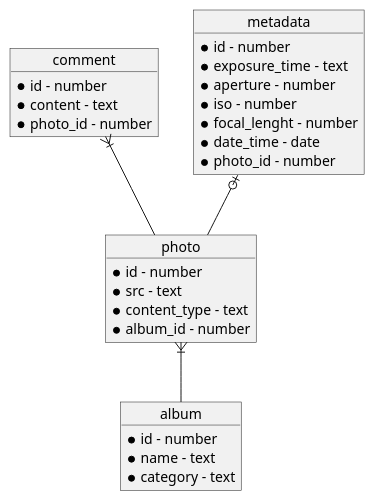
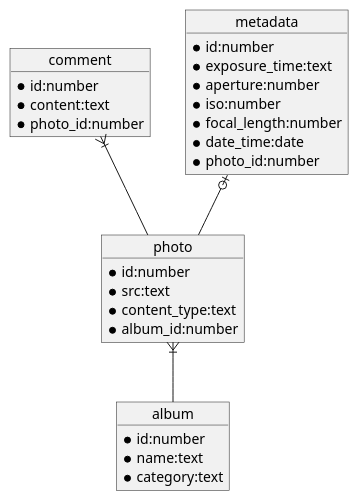
The diagram in plantuml-logiczny.puml (Bernardinio040/Projekt-Pzaw), drawn with PlantUML before and after one commit. The commit also changed 1 other file, not shown here.

```diff
--- a/plantuml-logiczny.puml
+++ b/plantuml-logiczny.puml
@@ -1,34 +1,34 @@
 @startuml
 object photo{
- *id - number
- *src - text
- *content_type - text
- *album_id - number
+ *id:number
+ *src:text
+ *content_type:text
+ *album_id:number
 }
 
 object album{
- *id - number
- *name - text
- *category - text
+ *id:number
+ *name:text
+ *category:text
 }
 
 object comment{
- *id - number
- *content - text
- *photo_id - number
+ *id:number
+ *content:text
+ *photo_id:number
 }
 
 object metadata{
- *id - number
- *exposure_time - text
- *aperture - number
- *iso - number
- *focal_lenght - number
- *date_time - date
- *photo_id - number
+ *id:number
+ *exposure_time:text
+ *aperture:number
+ *iso:number
+ *focal_length:number
+ *date_time:date
+ *photo_id:number
 }
 
 photo }|-- album
 comment }|-- photo
 metadata |o-- photo
 @enduml
```
